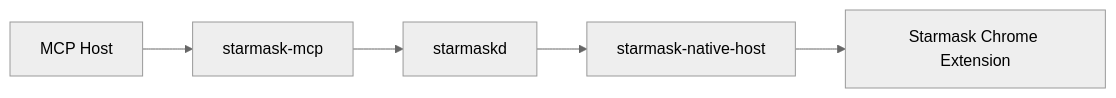
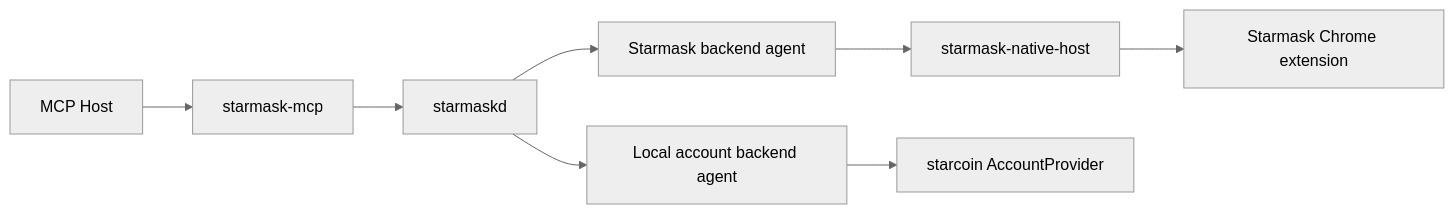
The first of 2 diagrams in starmask-mcp/docs/starmask-mcp-interface-design.md (starcoinorg/starcoin-mcp), drawn with Mermaid (neutral theme) before and after one commit. The commit also changed other lines of this file and 7 other files, not shown here.

````diff
--- a/starmask-mcp/docs/starmask-mcp-interface-design.md
+++ b/starmask-mcp/docs/starmask-mcp-interface-design.md
@@ -30,7 +79,10 @@
 ```mermaid
 flowchart LR
     H["MCP Host"] --> M["starmask-mcp"]
     M --> D["starmaskd"]
-    D --> N["starmask-native-host"]
-    N --> E["Starmask Chrome Extension"]
+    D --> E["Starmask backend agent"]
+    D --> L["Local account backend agent"]
+    E --> N["starmask-native-host"]
+    N --> X["Starmask Chrome extension"]
+    L --> A["starcoin AccountProvider"]
 ```
````
